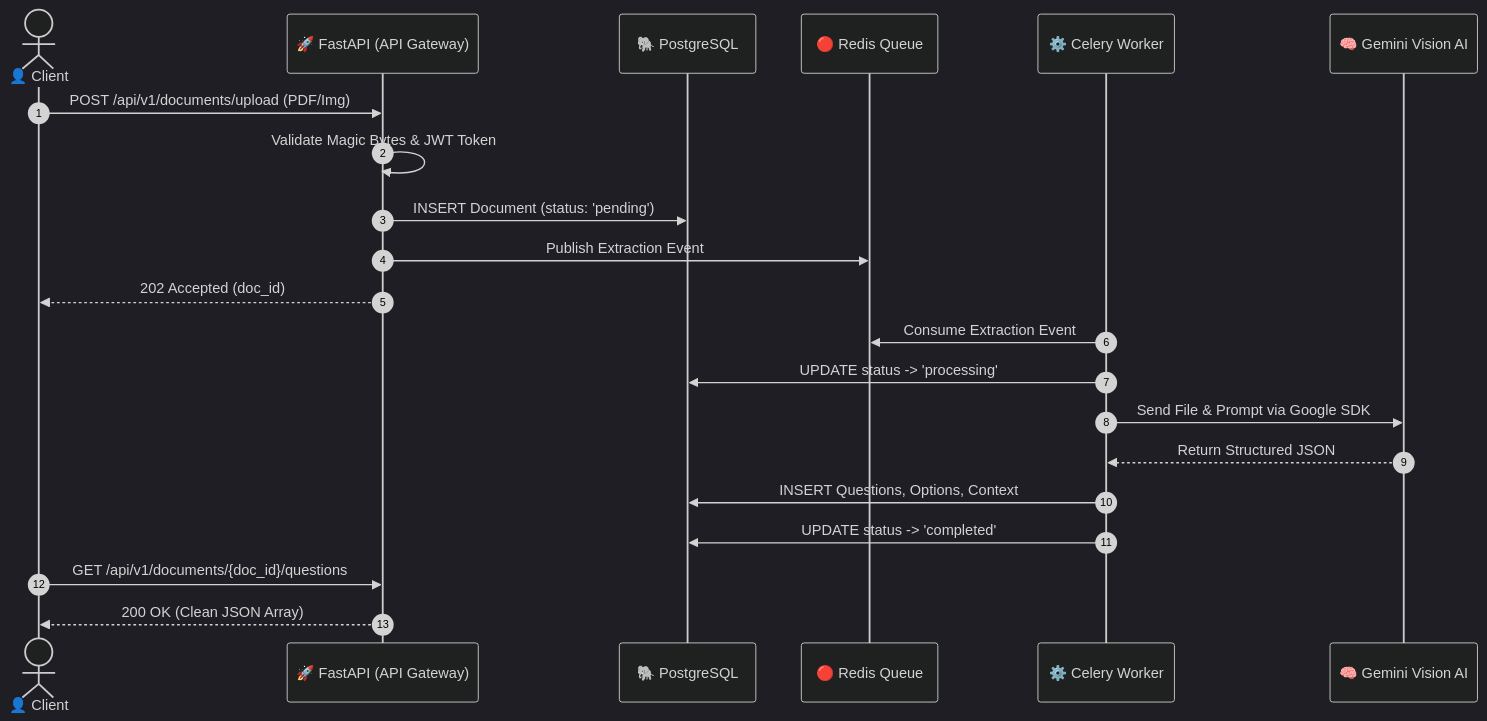
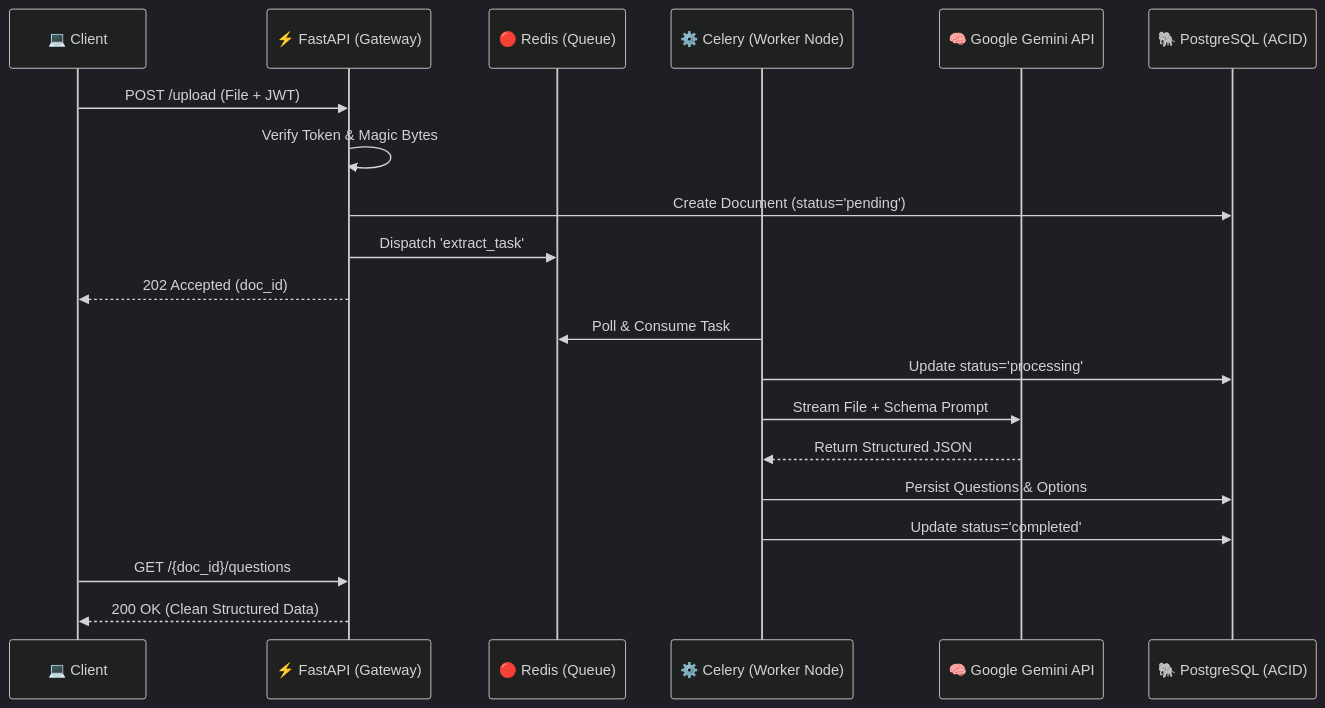
One commit to ruthwik-thotapelli/document-intelligence-question-extraction-service changed the diagram in README.md. Above: the diagram before and after it, drawn with Mermaid (dark theme). The commit also changed other lines of this file, not shown here.

````diff
--- a/README.md
+++ b/README.md
@@ -49,26 +61,25 @@
 ```mermaid
 sequenceDiagram
-    autonumber
-    actor User as 👤 Client
-    participant API as 🚀 FastAPI (API Gateway)
-    participant DB as 🐘 PostgreSQL
-    participant Redis as 🔴 Redis Queue
-    participant Celery as ⚙️ Celery Worker
-    participant AI as 🧠 Gemini Vision AI
+    participant C as 💻 Client
+    participant API as ⚡ FastAPI (Gateway)
+    participant Q as 🔴 Redis (Queue)
+    participant W as ⚙️ Celery (Worker Node)
+    participant AI as 🧠 Google Gemini API
+    participant DB as 🐘 PostgreSQL (ACID)
 
-    User->>API: POST /api/v1/documents/upload (PDF/Img)
-    API->>API: Validate Magic Bytes & JWT Token
-    API->>DB: INSERT Document (status: 'pending')
-    API->>Redis: Publish Extraction Event
-    API-->>User: 202 Accepted (doc_id)
+    C->>API: POST /upload (File + JWT)
+    API->>API: Verify Token & Magic Bytes
+    API->>DB: Create Document (status='pending')
+    API->>Q: Dispatch 'extract_task'
+    API-->>C: 202 Accepted (doc_id)
     
-    Celery->>Redis: Consume Extraction Event
-    Celery->>DB: UPDATE status -> 'processing'
-    Celery->>AI: Send File & Prompt via Google SDK
-    AI-->>Celery: Return Structured JSON
-    Celery->>DB: INSERT Questions, Options, Context
-    Celery->>DB: UPDATE status -> 'completed'
+    W->>Q: Poll & Consume Task
+    W->>DB: Update status='processing'
+    W->>AI: Stream File + Schema Prompt
+    AI-->>W: Return Structured JSON
+    W->>DB: Persist Questions & Options
+    W->>DB: Update status='completed'
     
-    User->>API: GET /api/v1/documents/{doc_id}/questions
-    API-->>User: 200 OK (Clean JSON Array)
+    C->>API: GET /{doc_id}/questions
+    API-->>C: 200 OK (Clean Structured Data)
 ```
````
